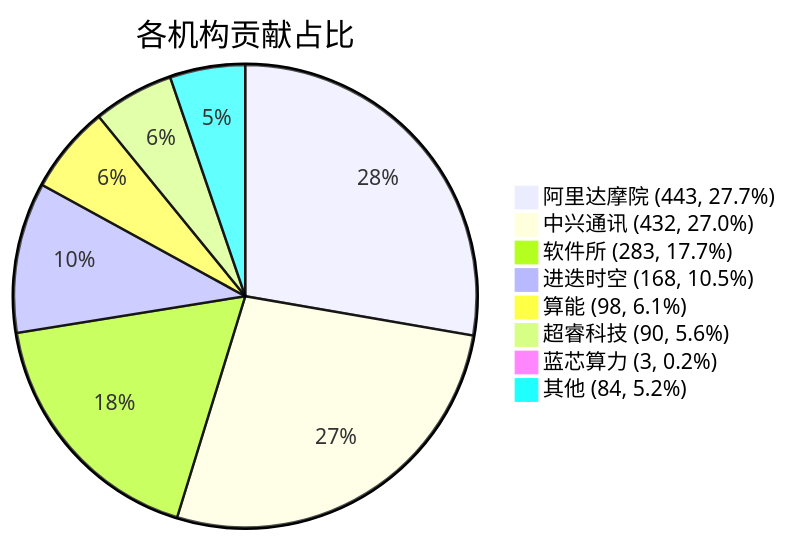
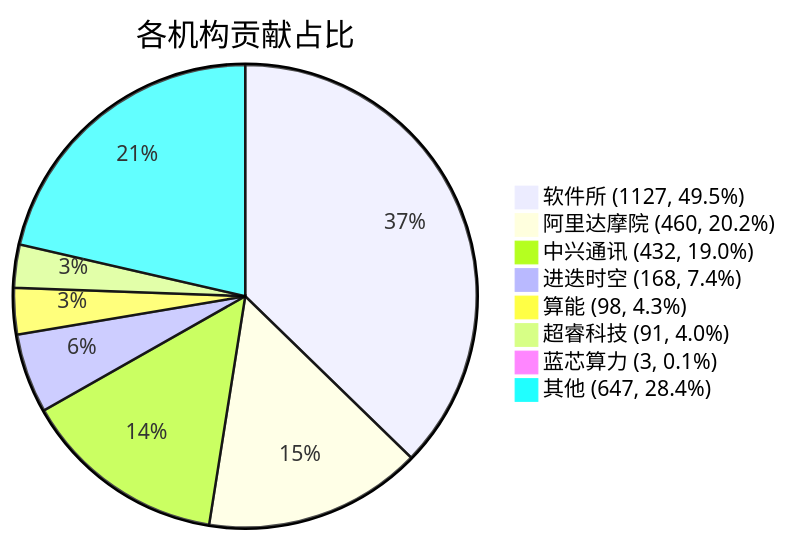
One commit to RVCK-Project/rvck changed the diagram in docs/index.md. Above: the diagram before and after it, drawn with Mermaid. The commit also changed other lines of this file and 27 other files, not shown here.

````diff
--- a/docs/index.md
+++ b/docs/index.md
@@ -40,11 +40,11 @@
 ```mermaid
 pie title 各机构贡献占比
-    "阿里达摩院 (443, 27.7%)" : 443
-    "中兴通讯 (432, 27.0%)" : 432
-    "软件所 (283, 17.7%)" : 283
-    "进迭时空 (168, 10.5%)" : 168
-    "算能 (98, 6.1%)" : 98
-    "超睿科技 (90, 5.6%)" : 90
-    "蓝芯算力 (3, 0.2%)" : 3
-    "其他 (84, 5.2%)" : 84
+    "软件所 (1127, 49.5%)" : 1127
+    "阿里达摩院 (460, 20.2%)" : 460
+    "中兴通讯 (432, 19.0%)" : 432
+    "进迭时空 (168, 7.4%)" : 168
+    "算能 (98, 4.3%)" : 98
+    "超睿科技 (91, 4.0%)" : 91
+    "蓝芯算力 (3, 0.1%)" : 3
+    "其他 (647, 28.4%)" : 647
 ```
````
